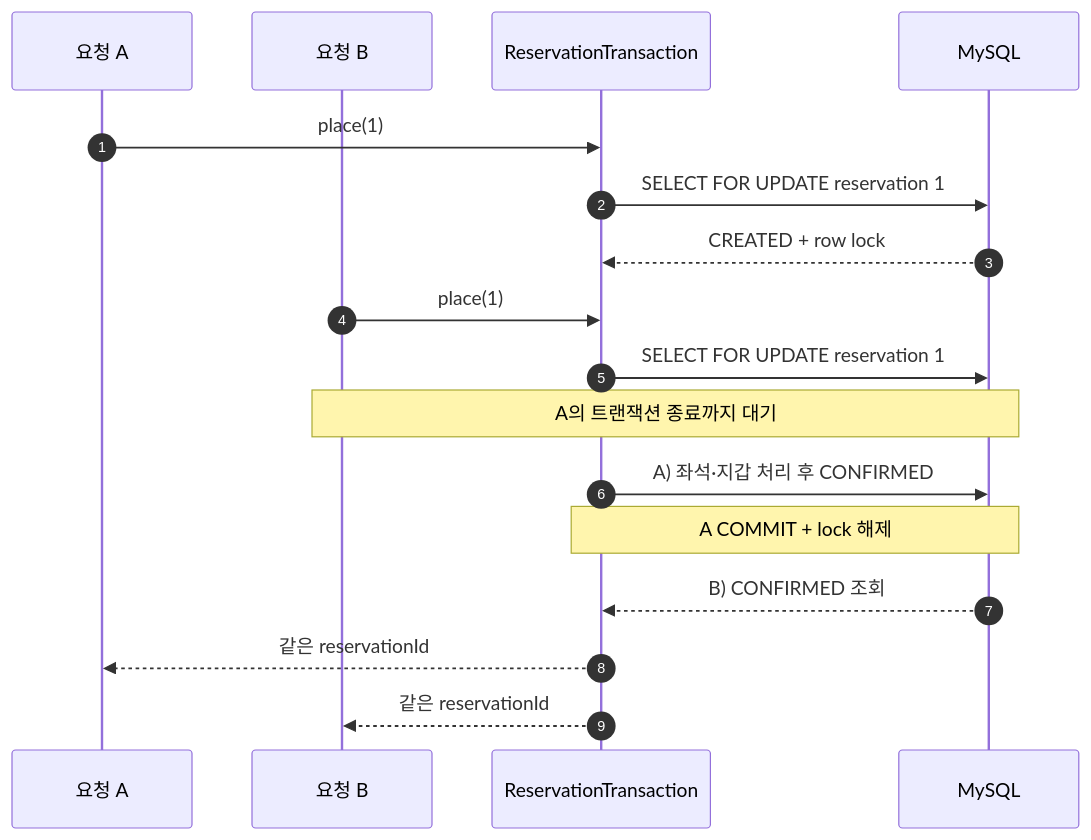
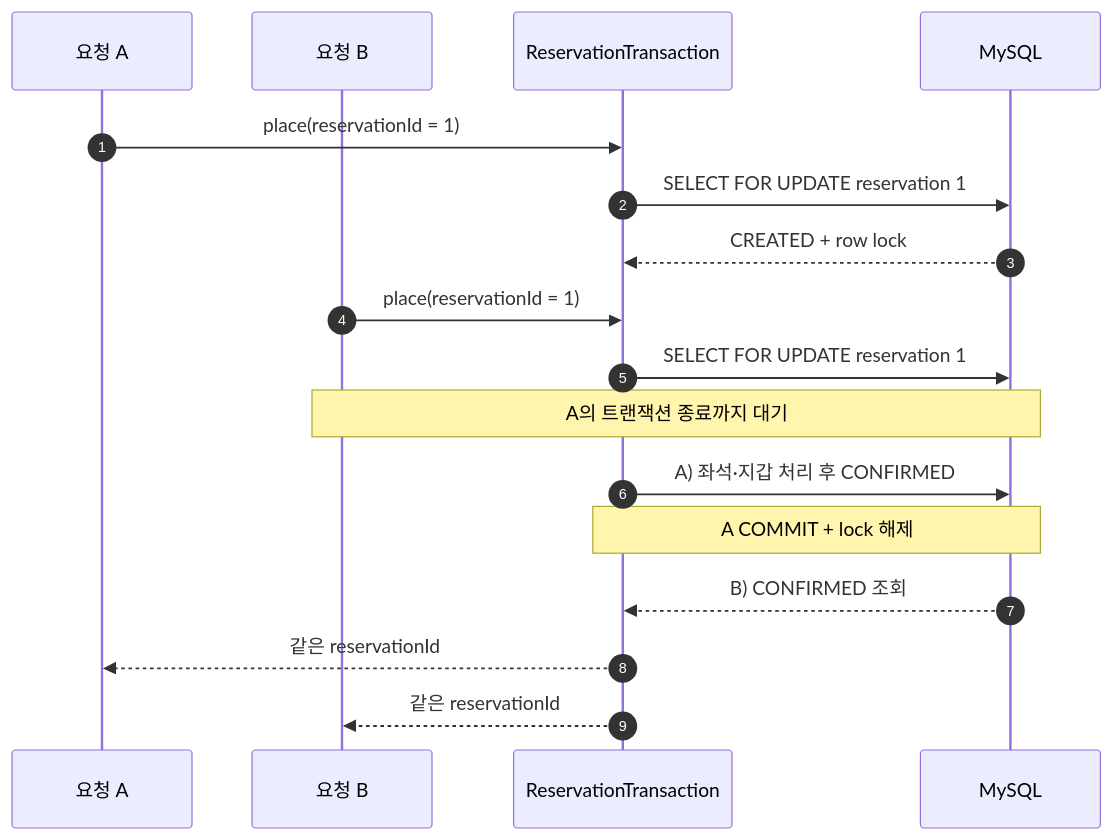
One commit to HJC96/deep-dive changed the fifth of 5 diagrams in labs/distributed-transaction-monolith/README.md. Above: the diagram before and after it, drawn with Mermaid. The commit also changed other lines of this file and 81 other files, not shown here.

````diff
--- a/labs/distributed-transaction-monolith/README.md
+++ b/labs/distributed-transaction-monolith/README.md
@@ -149,20 +187,20 @@
 ```mermaid
 sequenceDiagram
     autonumber
     participant A as 요청 A
     participant B as 요청 B
     participant Transaction as ReservationTransaction
     participant DB as MySQL
 
-    A->>Transaction: place(1)
+    A->>Transaction: place(reservationId = 1)
     Transaction->>DB: SELECT FOR UPDATE reservation 1
     DB-->>Transaction: CREATED + row lock
-    B->>Transaction: place(1)
+    B->>Transaction: place(reservationId = 1)
     Transaction->>DB: SELECT FOR UPDATE reservation 1
     Note over B,DB: A의 트랜잭션 종료까지 대기
     Transaction->>DB: A) 좌석·지갑 처리 후 CONFIRMED
     Note over Transaction,DB: A COMMIT + lock 해제
     DB-->>Transaction: B) CONFIRMED 조회
     Transaction-->>A: 같은 reservationId
     Transaction-->>B: 같은 reservationId
 ```
````
